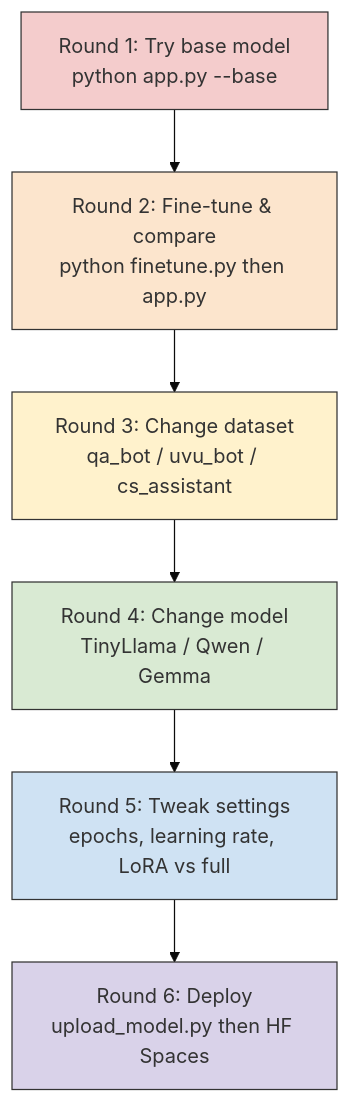
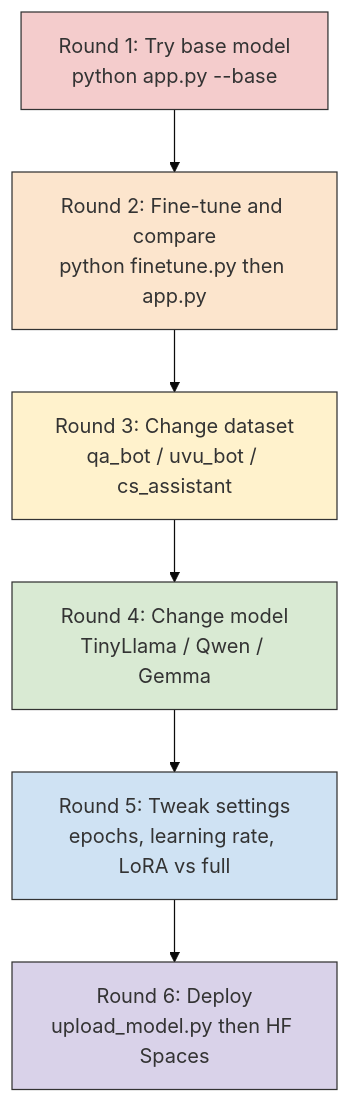
Before and after one commit to ratulalahy/nlp_course_sample_chat_fine_tune: the second of 3 diagrams in GUIDE.md, drawn with Mermaid (base theme). The commit also changed other lines of this file, not shown here.

Commit message:
docs: reorganize GUIDE.md with table of contents, deployment diagram, and clearer structure

````diff
--- a/GUIDE.md
+++ b/GUIDE.md
@@ -36,18 +43,18 @@
 ```mermaid
 flowchart TD
     R1["Round 1: Try base model\npython app.py --base"]
-    R2["Round 2: Fine-tune & compare\npython finetune.py then app.py"]
+    R2["Round 2: Fine-tune and compare\npython finetune.py then app.py"]
     R3["Round 3: Change dataset\nqa_bot / uvu_bot / cs_assistant"]
     R4["Round 4: Change model\nTinyLlama / Qwen / Gemma"]
     R5["Round 5: Tweak settings\nepochs, learning rate, LoRA vs full"]
     R6["Round 6: Deploy\nupload_model.py then HF Spaces"]
 
     R1 --> R2 --> R3 --> R4 --> R5 --> R6
 
     style R1 fill:#f4cccc,stroke:#333
     style R2 fill:#fce5cd,stroke:#333
     style R3 fill:#fff2cc,stroke:#333
     style R4 fill:#d9ead3,stroke:#333
     style R5 fill:#cfe2f3,stroke:#333
     style R6 fill:#d9d2e9,stroke:#333
 ```
````
